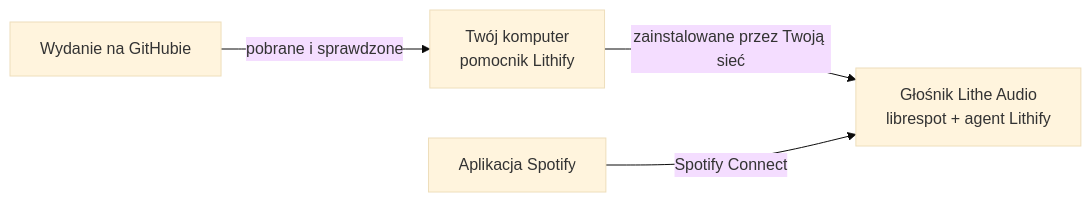
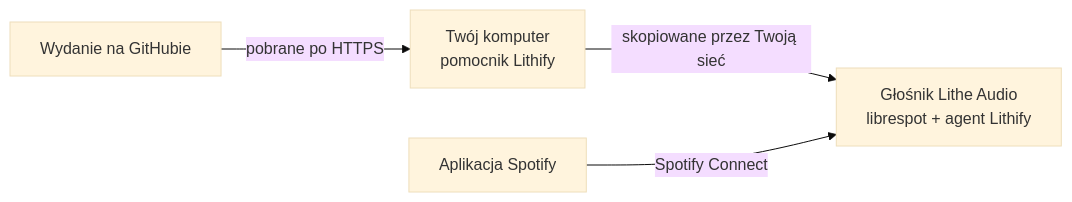
Before and after one commit to TomaszKondraciuk/lithify: the diagram in docs/pl/README.md, drawn with Mermaid (base theme). The commit also changed other lines of this file and 11 other files, not shown here.

````diff
--- a/docs/pl/README.md
+++ b/docs/pl/README.md
@@ -109,6 +137,6 @@
 ```mermaid
 flowchart LR
-    release["Wydanie na GitHubie"] -- "pobrane i sprawdzone" --> computer["Twój komputer<br>pomocnik Lithify"]
-    computer -- "zainstalowane przez Twoją sieć" --> speaker["Głośnik Lithe Audio<br>librespot + agent Lithify"]
+    release["Wydanie na GitHubie"] -- "pobrane po HTTPS" --> computer["Twój komputer<br>pomocnik Lithify"]
+    computer -- "skopiowane przez Twoją sieć" --> speaker["Głośnik Lithe Audio<br>librespot + agent Lithify"]
     app["Aplikacja Spotify"] -- "Spotify Connect" --> speaker
 ```
````
